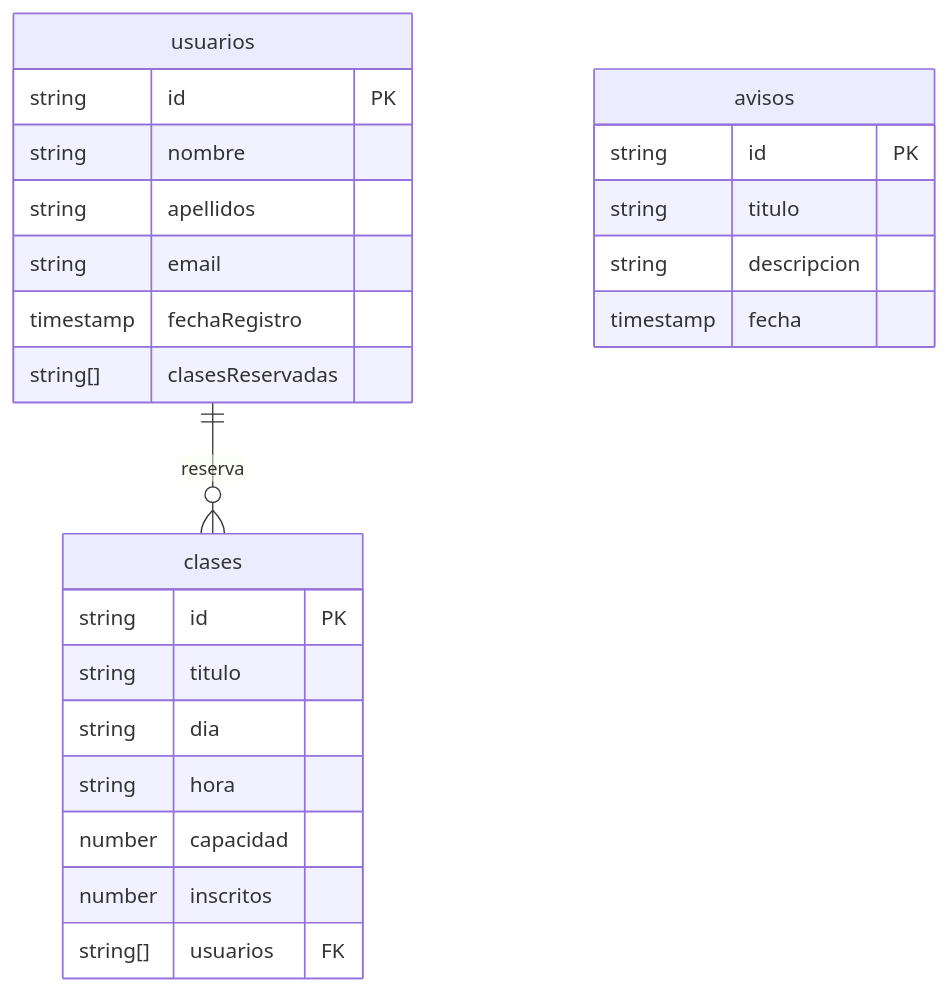
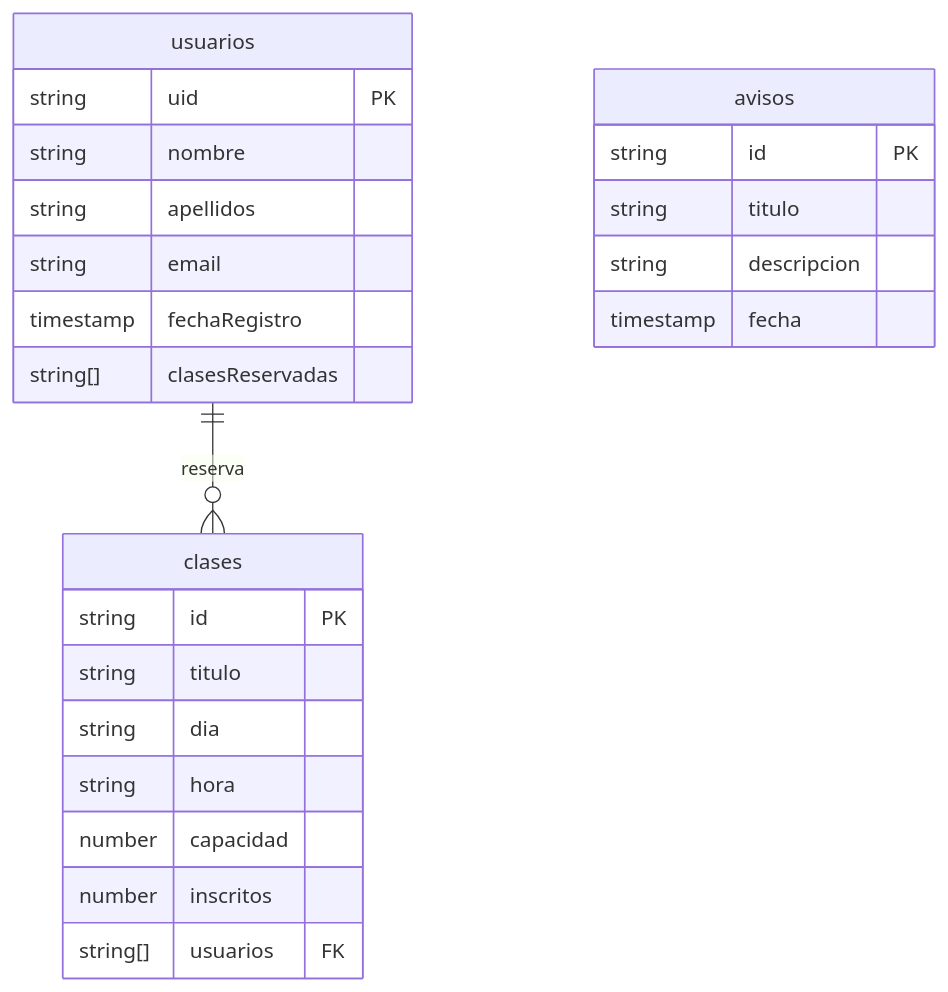
Before and after one commit to lizacode22/TFC: the second of 2 diagrams in README.md, drawn with Mermaid. The commit also changed other lines of this file, not shown here.

````diff
--- a/README.md
+++ b/README.md
@@ -106,30 +107,30 @@
 ```mermaid
 erDiagram
     usuarios {
-        string id PK
+        string uid PK
         string nombre
         string apellidos
         string email
         timestamp fechaRegistro
         string[] clasesReservadas
     }
 
     clases {
         string id PK
         string titulo
         string dia
         string hora
         number capacidad
         number inscritos
         string[] usuarios FK
     }
 
     avisos {
         string id PK
         string titulo
         string descripcion
         timestamp fecha
     }
 
     usuarios ||--o{ clases : "reserva"
 ```
````
